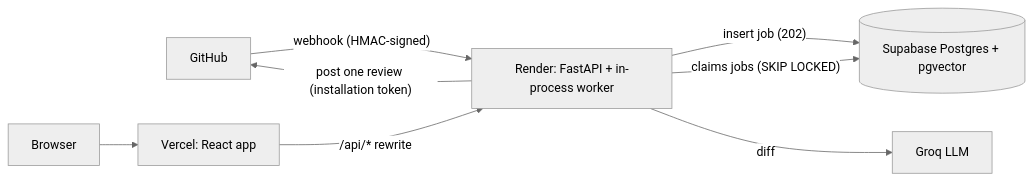
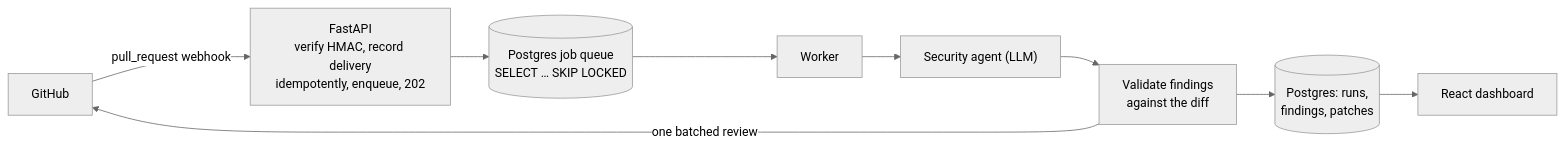
Before and after one commit to GOPIKA-BTECH23/codelens: the diagram in README.md, drawn with Mermaid (neutral theme). The commit also changed other lines of this file and 1 other file, not shown here.

First line of the commit message:
docs: rewrite README as a showcase of what is built

````diff
--- a/README.md
+++ b/README.md
@@ -32,10 +13,11 @@
 ```mermaid
 flowchart LR
-  GH[GitHub] -- "webhook (HMAC-signed)" --> API
-  Browser --> Web["Vercel: React app"]
-  Web -- "/api/* rewrite" --> API["Render: FastAPI + in-process worker"]
-  API -- "insert job (202)" --> DB[("Supabase Postgres + pgvector")]
-  API -- "claims jobs (SKIP LOCKED)" --> DB
-  API -- "diff" --> LLM["Groq LLM"]
-  API -- "post one review (installation token)" --> GH
+  GH[GitHub] -- "pull_request webhook" --> API["FastAPI<br/>verify HMAC, record delivery<br/>idempotently, enqueue, 202"]
+  API --> Q[("Postgres job queue<br/>SELECT … SKIP LOCKED")]
+  Q --> W[Worker]
+  W --> AG["Security agent (LLM)"]
+  AG --> V["Validate findings<br/>against the diff"]
+  V -- "one batched review" --> GH
+  V --> DB[("Postgres: runs,<br/>findings, patches")]
+  DB --> UI[React dashboard]
 ```
````
